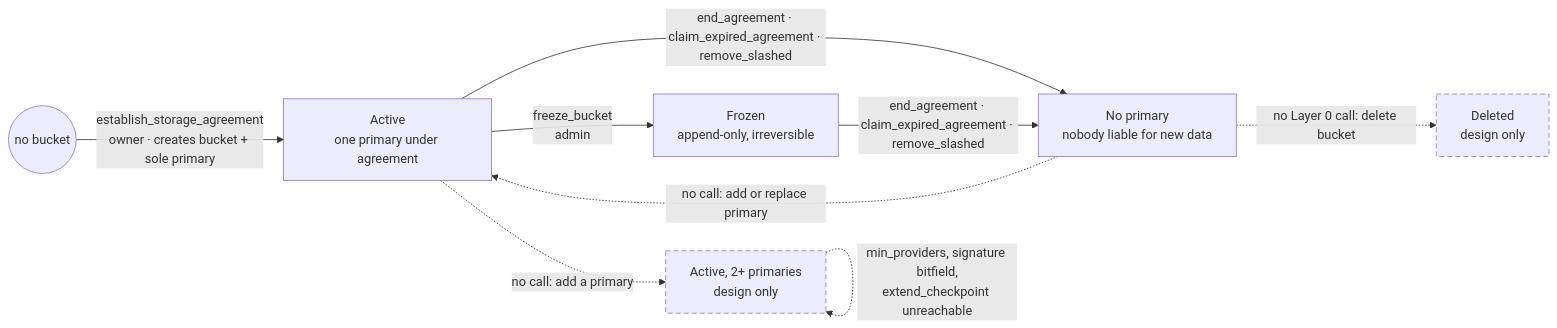
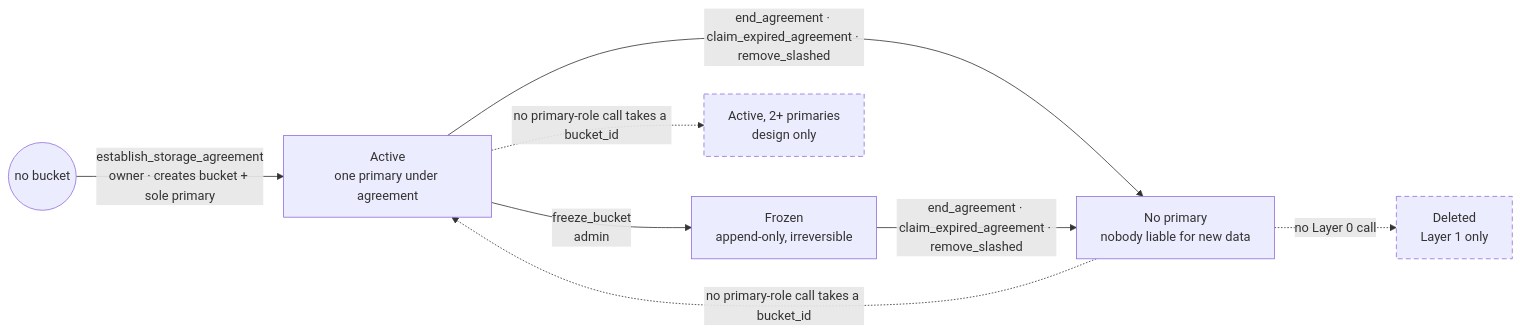
Before and after one commit to paritytech/web3-storage: the diagram in docs/drafts/RFC_BUCKET_TRANSFER.md, drawn with Mermaid. The commit also changed other lines of this file and 1 other file, not shown here.

````diff
--- a/docs/drafts/RFC_BUCKET_TRANSFER.md
+++ b/docs/drafts/RFC_BUCKET_TRANSFER.md
@@ -60,22 +58,21 @@
 ```mermaid
 flowchart LR
     none(("no bucket"))
     Active["Active<br/>one primary under agreement"]
     Frozen["Frozen<br/>append-only, irreversible"]
     NoPrimary["No primary<br/>nobody liable for new data"]
-    Deleted["Deleted<br/>design only"]
+    Deleted["Deleted<br/>Layer 1 only"]
     Multi["Active, 2+ primaries<br/>design only"]
 
     none -- "establish_storage_agreement<br/>owner · creates bucket + sole primary" --> Active
     Active -- "freeze_bucket<br/>admin" --> Frozen
     Active -- "end_agreement · claim_expired_agreement · remove_slashed" --> NoPrimary
     Frozen -- "end_agreement · claim_expired_agreement · remove_slashed" --> NoPrimary
 
-    NoPrimary -. "no call: add or replace primary" .-> Active
-    NoPrimary -. "no Layer 0 call: delete bucket" .-> Deleted
-    Active -. "no call: add a primary" .-> Multi
-    Multi -. "min_providers, signature bitfield,<br/>extend_checkpoint unreachable" .-> Multi
+    NoPrimary -. "no primary-role call takes a bucket_id" .-> Active
+    Active -. "no primary-role call takes a bucket_id" .-> Multi
+    NoPrimary -. "no Layer 0 call" .-> Deleted
 
     classDef missing stroke-dasharray: 6 4;
     class Multi,Deleted missing;
 ```
````
